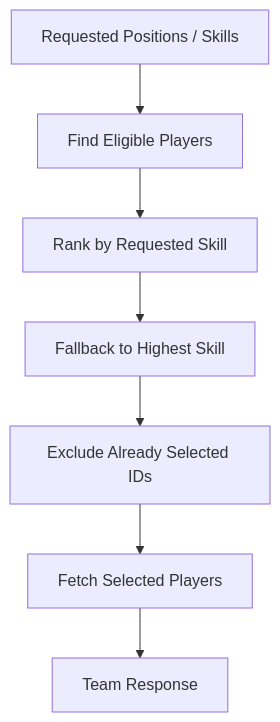
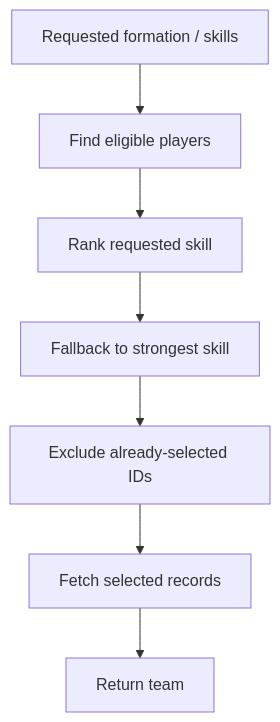
One commit to HidayahMF/RestFullPlayerApi changed the third of 6 diagrams in docs/development-pipeline.md. Above: the diagram before and after it, drawn with Mermaid. The commit also changed other lines of this file, not shown here.

````diff
--- a/docs/development-pipeline.md
+++ b/docs/development-pipeline.md
@@ -33,9 +44,9 @@
 ```mermaid
 flowchart TD
-    INPUT[Requested Positions / Skills] --> ELIGIBLE[Find Eligible Players]
-    ELIGIBLE --> RANK[Rank by Requested Skill]
-    RANK --> FALLBACK[Fallback to Highest Skill]
-    FALLBACK --> UNIQUE[Exclude Already Selected IDs]
-    UNIQUE --> QUERY[Fetch Selected Players]
-    QUERY --> RESULT[Team Response]
+    INPUT[Requested formation / skills] --> CANDIDATES[Find eligible players]
+    CANDIDATES --> REQUESTED[Rank requested skill]
+    REQUESTED --> FALLBACK[Fallback to strongest skill]
+    FALLBACK --> UNIQUE[Exclude already-selected IDs]
+    UNIQUE --> FETCH[Fetch selected records]
+    FETCH --> TEAM[Return team]
 ```
````
